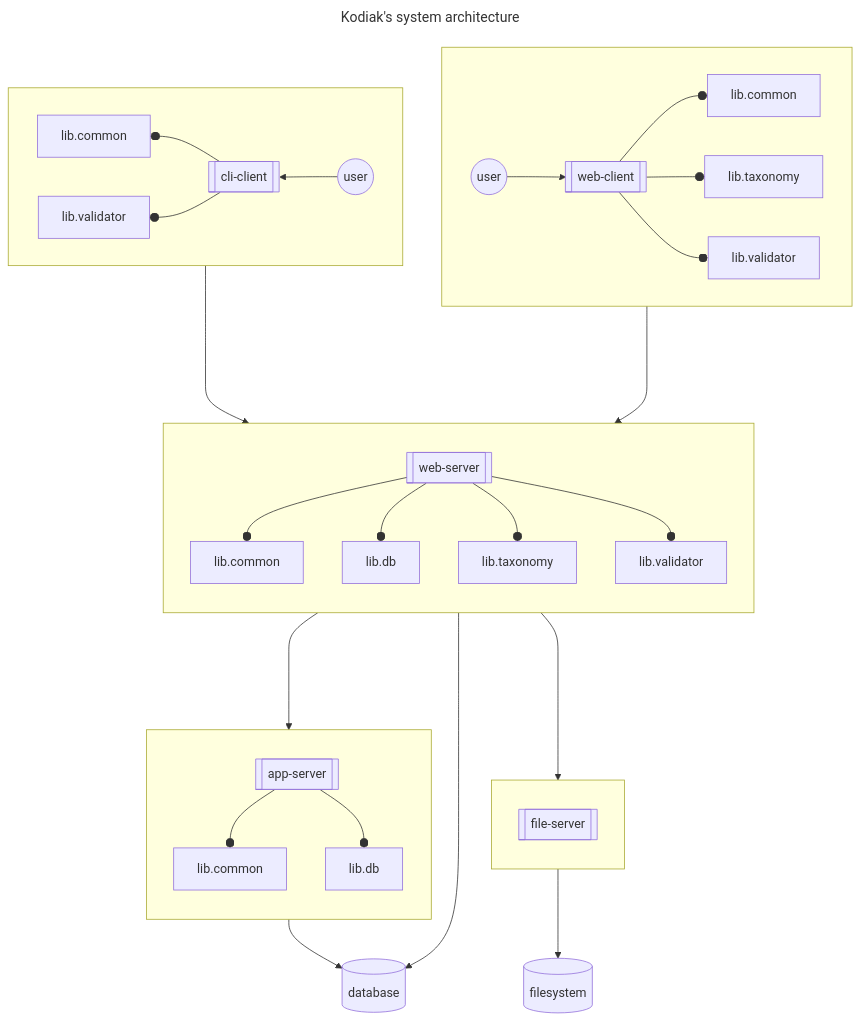
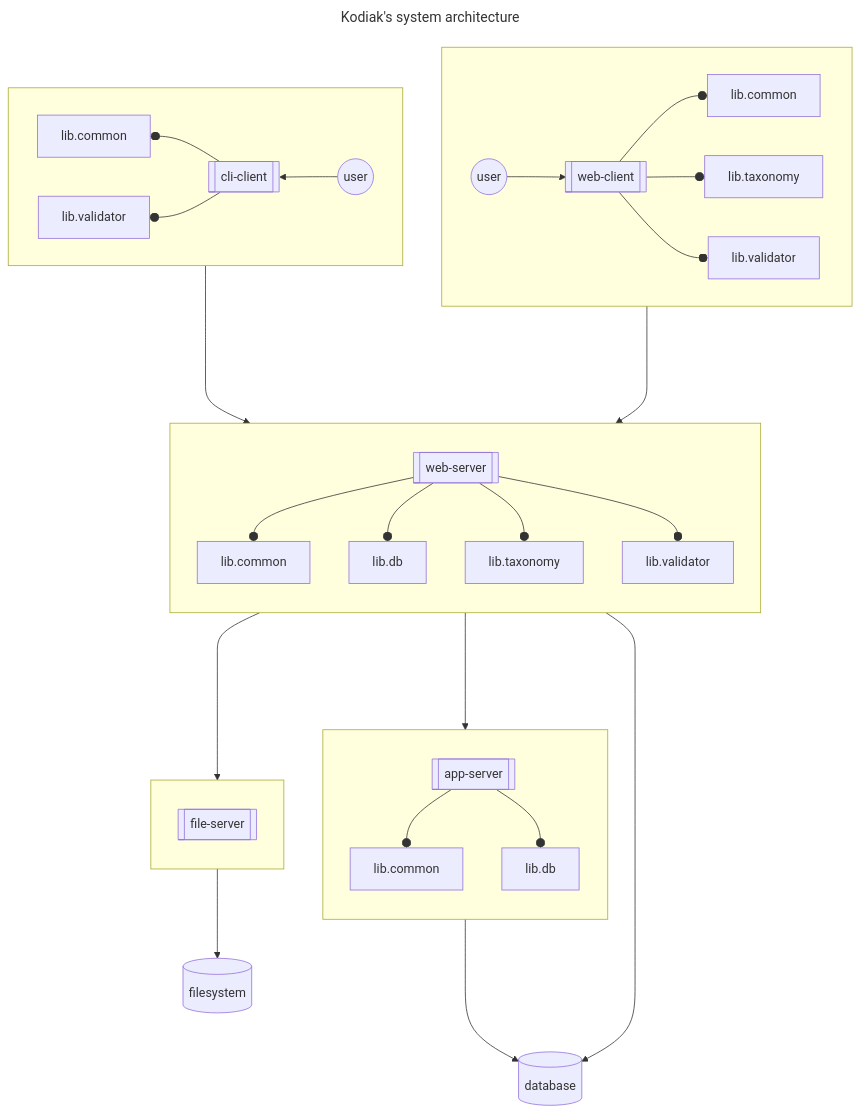
The diagram in SYSTEM-ARCHITECTURE.md (polarlabs/kodiak-diagrams), drawn with Mermaid before and after one commit.

Commit message:
fix: rearrange boxes.

````diff
--- a/SYSTEM-ARCHITECTURE.md
+++ b/SYSTEM-ARCHITECTURE.md
@@ -5,42 +5,42 @@
 ```mermaid
 ---
 title: Kodiak's system architecture
 ---
 flowchart TB
   subgraph user-web[ ]
     direction LR
     web-user((user)) --> web-client[[web-client]]
     web-client --o web-client.lib.common[lib.common]
     web-client --o web-client.lib.taxonomy[lib.taxonomy]
     web-client --o web-client.lib.validator[lib.validator]
   end
   subgraph user-cli[ ]
     direction RL
     cli-user((user)) --> cli-client[[cli-client]]
     cli-client --o cli-client.lib.common[lib.common]
     cli-client --o cli-client.lib.validator[lib.validator]
   end
   subgraph file-server[ ]
     direction TB
     file-server.api[[file-server]]
   end
   subgraph web-server[ ]
     direction TB
     web-server.api[[web-server]] --o web-server.lib.common[lib.common]
     web-server.api[[web-server]] --o web-server.lib.db[lib.db]
     web-server.api[[web-server]] --o web-server.lib.taxonomy[lib.taxonomy]
     web-server.api[[web-server]] --o web-server.lib.validator[lib.validator]
   end
   subgraph app-server[ ]
     direction TB
     app-server.api[[app-server]] --o app-server.lib.common[lib.common]
     app-server.api[[app-server]] --o app-server.lib.db[lib.db]
   end
   web-client ----> web-server.api
   cli-client ----> web-server.api
+  web-server.api ----> app-server.api
   web-server.api ----> file-server.api
-  web-server.api ----> app-server.api
   file-server --> filesystem[(filesystem)]
   web-server --> database[(database)]
-  app-server --> database[(database)]
+  app-server ---> database[(database)]
 ```
````
